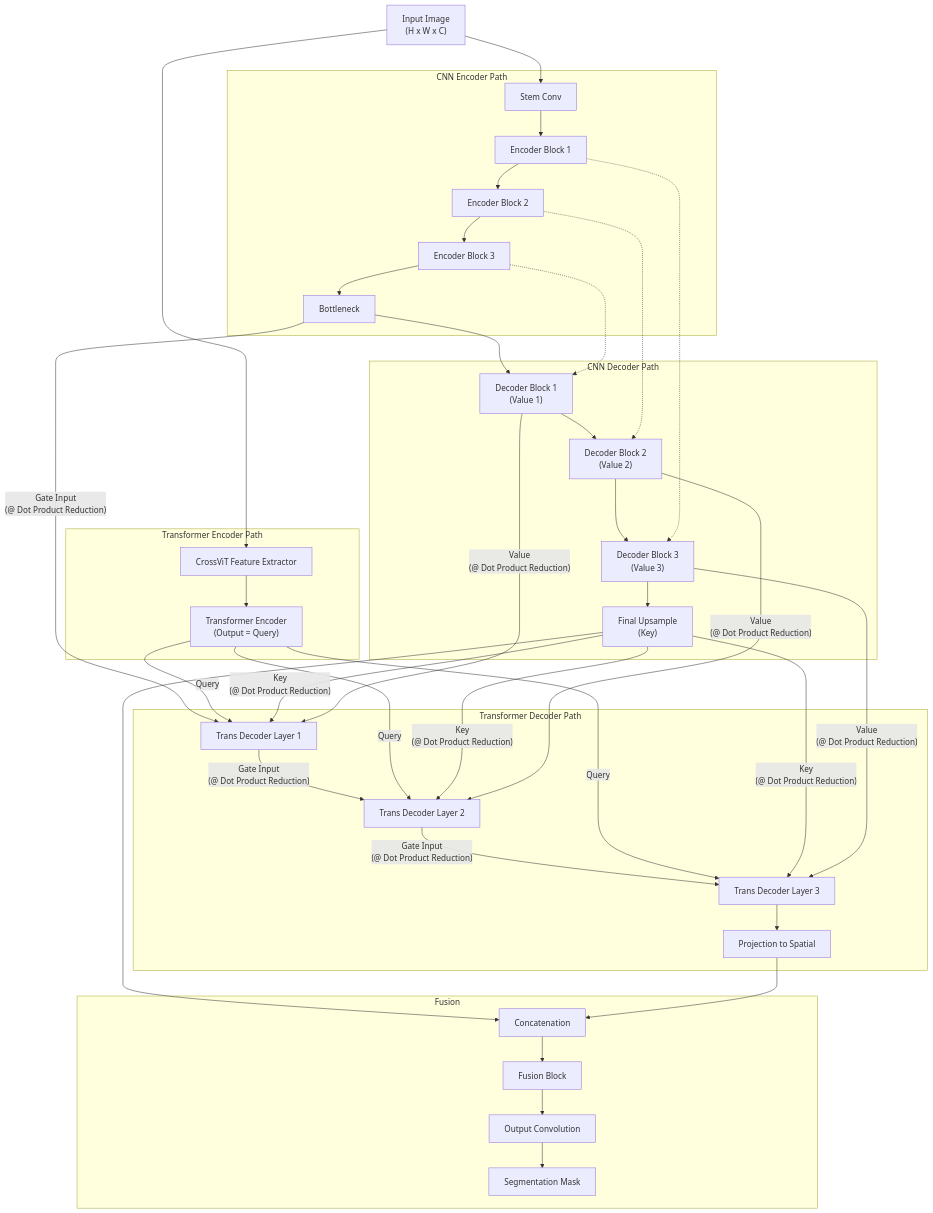
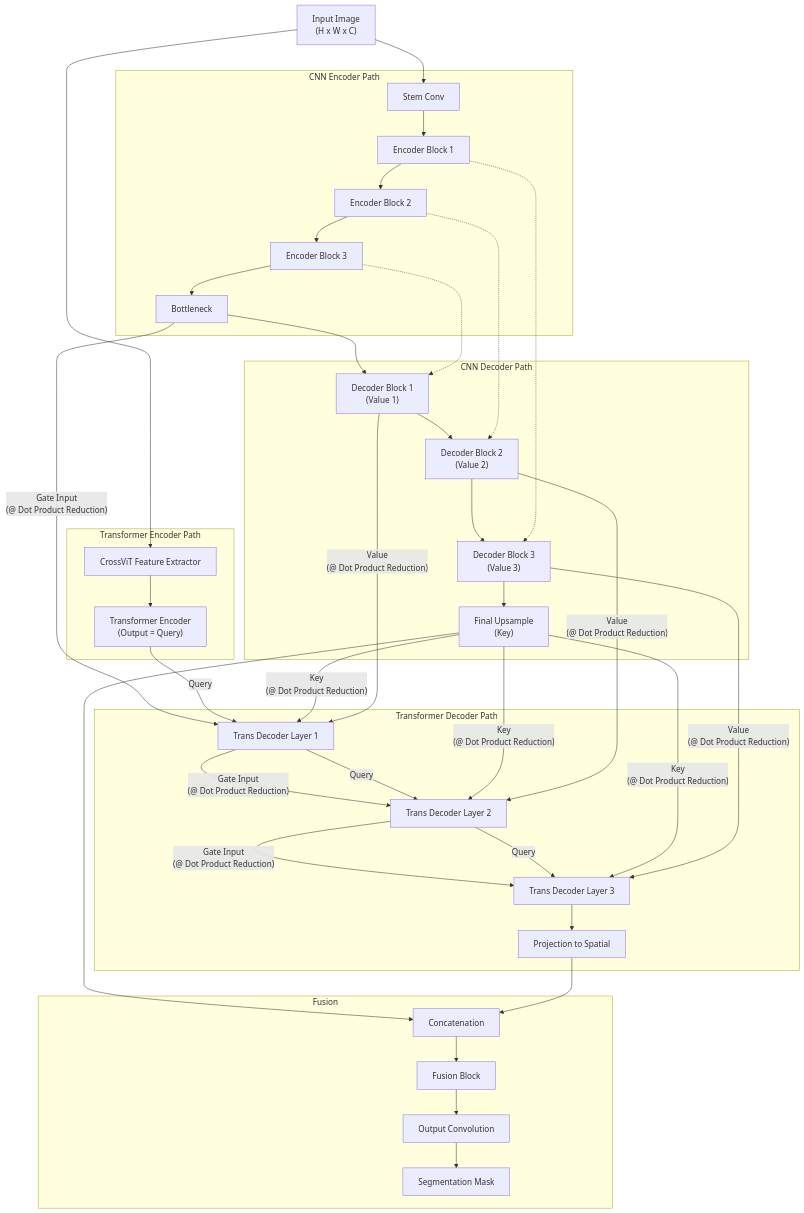
The diagram in README.md (hoangtung386/Trans_NeXt_Conv), drawn with Mermaid before and after one commit. The commit also changed other lines of this file, not shown here.

```diff
--- a/README.md
+++ b/README.md
@@ -63,7 +62,7 @@
 graph TD
     %% Nodes
     Input["Input Image<br/>(H x W x C)"]
-    
+
     subgraph CNN_Path [CNN Encoder Path]
         Stem["Stem Conv"]
         Enc1["Encoder Block 1"]
@@ -108,7 +107,7 @@
     Dec1 --> Dec2
     Dec2 --> Dec3
     Dec3 --> Upsample
-    
+
     %% Skip Connections
     Enc3 -.-> Dec1
     Enc2 -.-> Dec2
@@ -126,13 +125,13 @@
 
     %% Complex Interactions - Layer 2
     TDec1 -- "Gate Input<br/>(@ Dot Product Reduction)" --> TDec2
-    TransEnc -- "Query" --> TDec2
+    TDec1 -- "Query" --> TDec2
     Upsample -- "Key<br/>(@ Dot Product Reduction)" --> TDec2
     Dec2 -- "Value<br/>(@ Dot Product Reduction)" --> TDec2
 
     %% Complex Interactions - Layer 3
     TDec2 -- "Gate Input<br/>(@ Dot Product Reduction)" --> TDec3
-    TransEnc -- "Query" --> TDec3
+    TDec2 -- "Query" --> TDec3
     Upsample -- "Key<br/>(@ Dot Product Reduction)" --> TDec3
     Dec3 -- "Value<br/>(@ Dot Product Reduction)" --> TDec3
 
```
